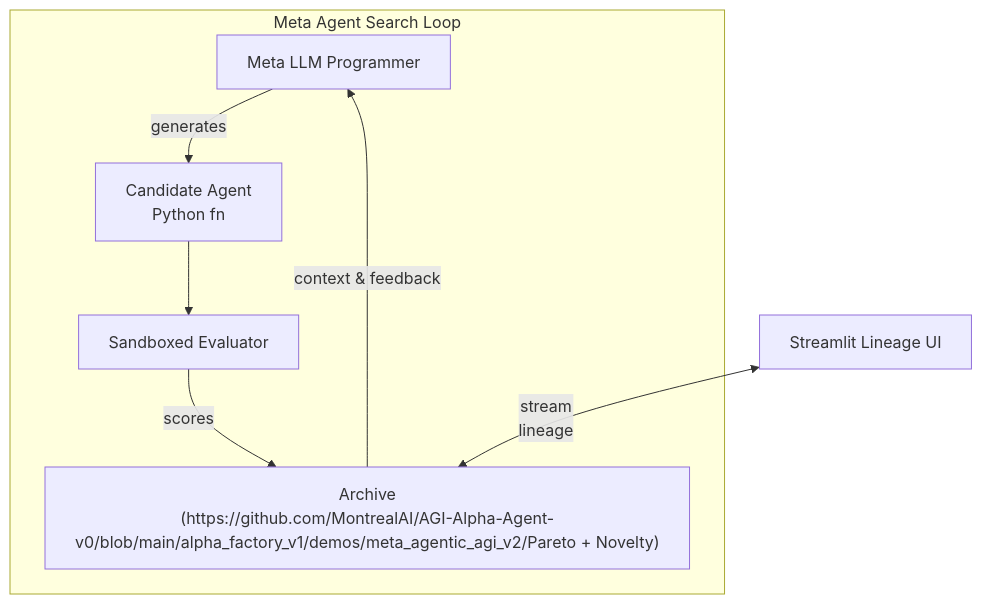
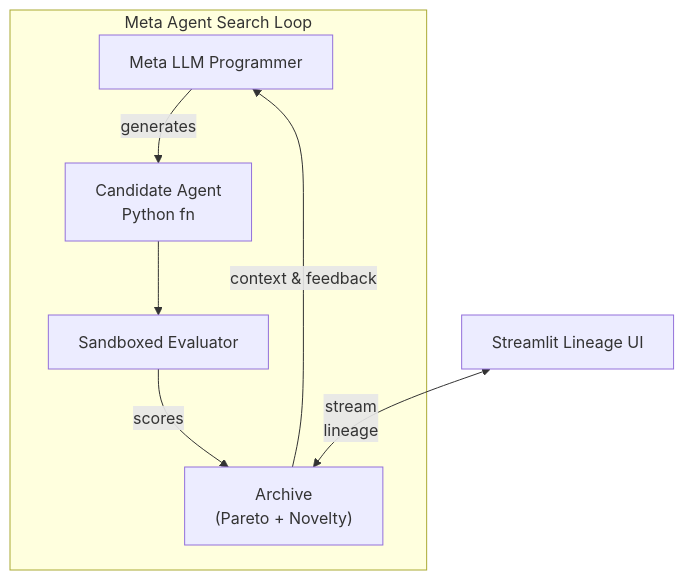
One commit to MontrealAI/AGI-Alpha-Agent-v0 changed the second of 3 diagrams in docs/demos/meta_agentic_agi_v2.md. Above: the diagram before and after it, drawn with Mermaid. The commit also changed other lines of this file and 216 other files, not shown here.

````diff
--- a/docs/demos/meta_agentic_agi_v2.md
+++ b/docs/demos/meta_agentic_agi_v2.md
@@ -170,15 +194,15 @@
 ```mermaid
 graph TD
   subgraph "Meta Agent Search Loop"
     MGPT["Meta LLM Programmer"]
     Candidate["Candidate Agent<br/>Python fn"]
     Evaluator["Sandboxed Evaluator"]
-    Archive["Archive<br/>(https://github.com/MontrealAI/AGI-Alpha-Agent-v0/blob/main/alpha_factory_v1/demos/meta_agentic_agi_v2/Pareto + Novelty)"]
+    Archive["Archive<br/>(Pareto + Novelty)"]
     MGPT -->|generates| Candidate
     Candidate --> Evaluator
     Evaluator -->|scores| Archive
     Archive -->|context & feedback| MGPT
   end
   UI["Streamlit Lineage UI"] <-->|stream
 lineage| Archive
 ```
````
